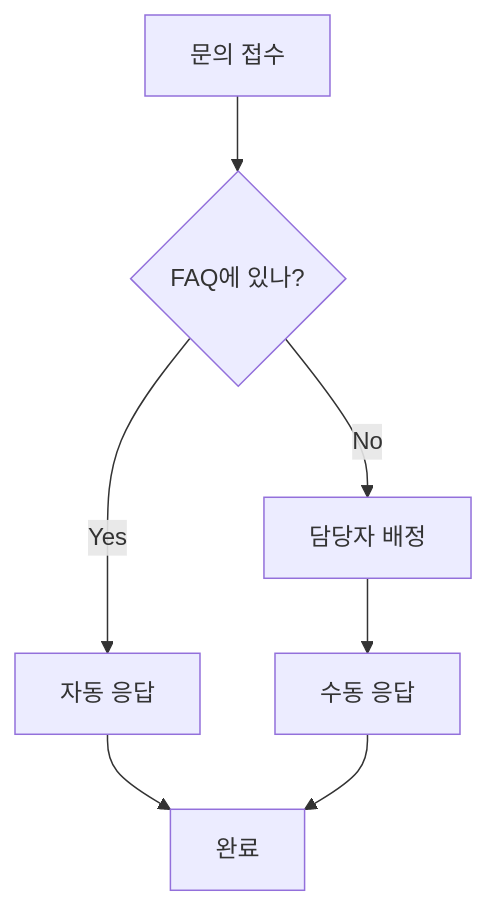
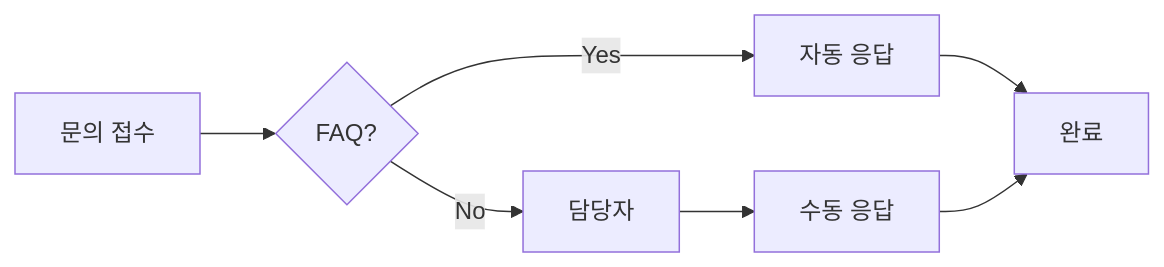
Before and after one commit to Kanghyeop/pages-book-agent101: the second of 3 diagrams in 01-why/15-hotl.md, drawn with Mermaid. The commit also changed 2 other files, not shown here.

Commit message:
Mermaid TD→LR 동기화 + 네비게이션 스크립트 개선
- 15, 24, A01 파일 flowchart 수정 반영
- 이전/다음 네비게이션 안정성 향상

````diff
--- a/01-why/15-hotl.md
+++ b/01-why/15-hotl.md
@@ -106,9 +106,6 @@
 ```mermaid
-flowchart TD
-    A["문의 접수"] --> B{"FAQ에 있나?"}
-    B -->|Yes| C["자동 응답"]
-    B -->|No| D["담당자 배정"]
-    D --> E["수동 응답"]
-    C --> F["완료"]
-    E --> F
+flowchart LR
+    A["문의 접수"] --> B{"FAQ?"}
+    B -->|Yes| C["자동 응답"] --> F["완료"]
+    B -->|No| D["담당자"] --> E["수동 응답"] --> F
 ```
````
